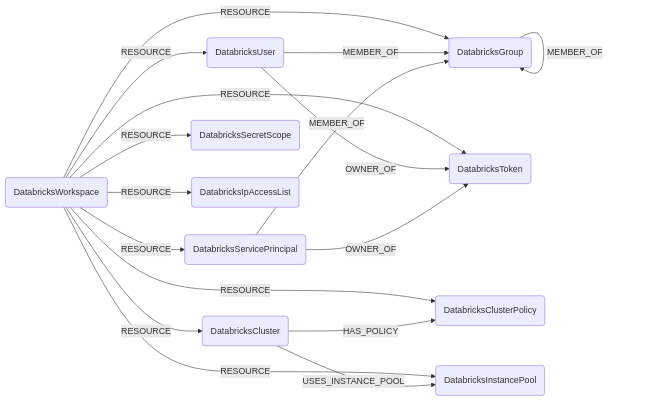
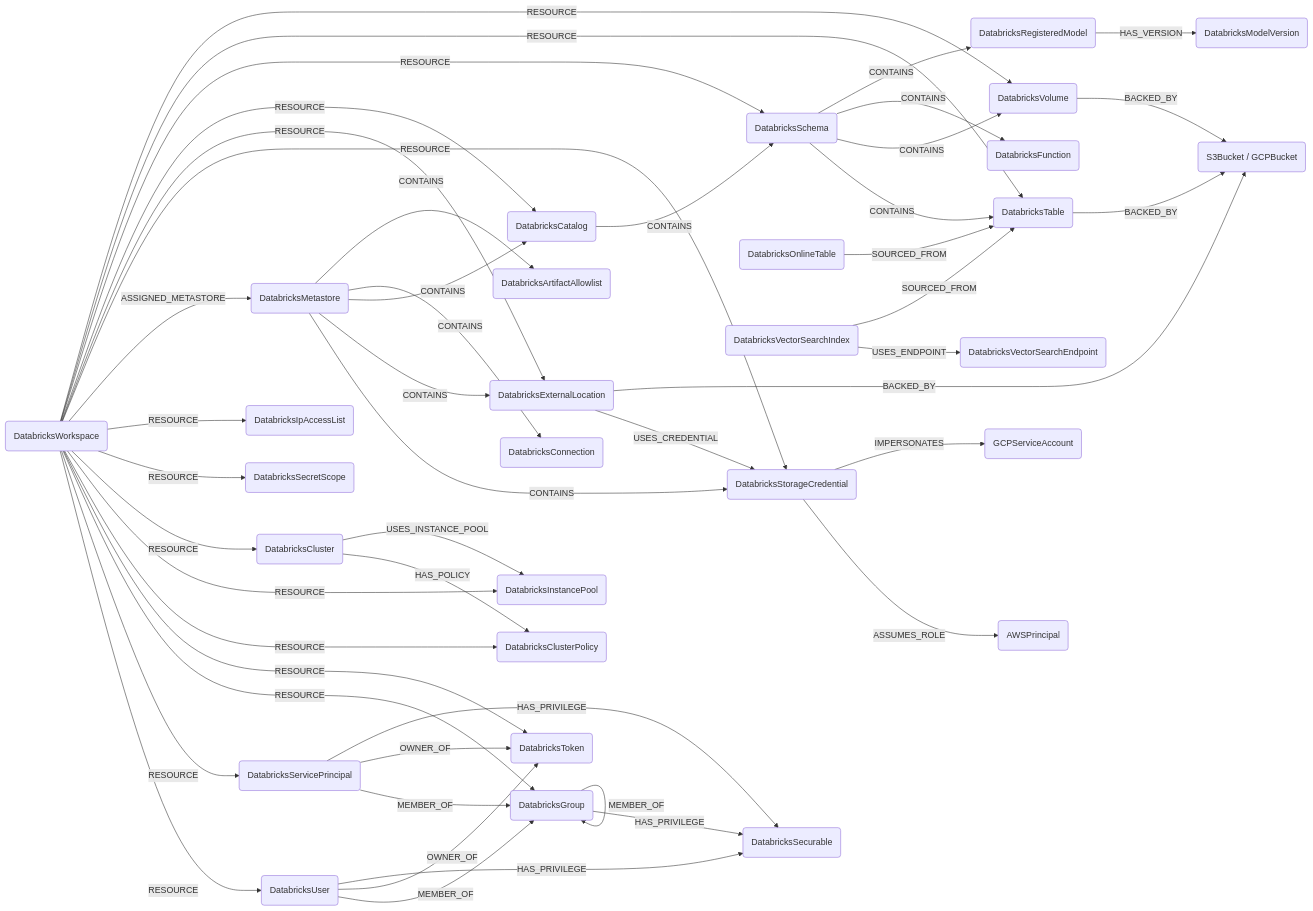
One commit to cartography-cncf/cartography changed the diagram in docs/root/modules/databricks/schema.md. Above: the diagram before and after it, drawn with Mermaid. The commit also changed other lines of this file and 12 other files, not shown here.

First line of the commit message:
docs(databricks): document Unity Catalog schema + apply formatting

````diff
--- a/docs/root/modules/databricks/schema.md
+++ b/docs/root/modules/databricks/schema.md
@@ -3,19 +3,49 @@
 ```mermaid
 graph LR
 W(DatabricksWorkspace) -- RESOURCE --> U(DatabricksUser)
 W -- RESOURCE --> S(DatabricksServicePrincipal)
 W -- RESOURCE --> G(DatabricksGroup)
 W -- RESOURCE --> T(DatabricksToken)
 W -- RESOURCE --> CP(DatabricksClusterPolicy)
 W -- RESOURCE --> IP(DatabricksInstancePool)
 W -- RESOURCE --> C(DatabricksCluster)
 W -- RESOURCE --> SS(DatabricksSecretScope)
 W -- RESOURCE --> IPL(DatabricksIpAccessList)
 U -- MEMBER_OF --> G
 S -- MEMBER_OF --> G
 G -- MEMBER_OF --> G
 U -- OWNER_OF --> T
 S -- OWNER_OF --> T
 C -- HAS_POLICY --> CP
 C -- USES_INSTANCE_POOL --> IP
+W -- ASSIGNED_METASTORE --> M(DatabricksMetastore)
+W -- RESOURCE --> SC(DatabricksStorageCredential)
+W -- RESOURCE --> EL(DatabricksExternalLocation)
+W -- RESOURCE --> CAT(DatabricksCatalog)
+W -- RESOURCE --> SCH(DatabricksSchema)
+W -- RESOURCE --> TB(DatabricksTable)
+W -- RESOURCE --> VOL(DatabricksVolume)
+M -- CONTAINS --> SC
+M -- CONTAINS --> EL
+M -- CONTAINS --> CAT
+M -- CONTAINS --> CONN(DatabricksConnection)
+M -- CONTAINS --> AAL(DatabricksArtifactAllowlist)
+CAT -- CONTAINS --> SCH
+SCH -- CONTAINS --> TB
+SCH -- CONTAINS --> VOL
+SCH -- CONTAINS --> FN(DatabricksFunction)
+SCH -- CONTAINS --> RM(DatabricksRegisteredModel)
+RM -- HAS_VERSION --> MV(DatabricksModelVersion)
+SC -- ASSUMES_ROLE --> AWS(AWSPrincipal)
+SC -- IMPERSONATES --> GSA(GCPServiceAccount)
+EL -- USES_CREDENTIAL --> SC
+EL -- BACKED_BY --> BKT(S3Bucket / GCPBucket)
+TB -- BACKED_BY --> BKT
+VOL -- BACKED_BY --> BKT
+U -- HAS_PRIVILEGE --> DS(DatabricksSecurable)
+G -- HAS_PRIVILEGE --> DS
+S -- HAS_PRIVILEGE --> DS
+OT(DatabricksOnlineTable) -- SOURCED_FROM --> TB
+VSI(DatabricksVectorSearchIndex) -- USES_ENDPOINT --> VSE(DatabricksVectorSearchEndpoint)
+VSI -- SOURCED_FROM --> TB
 ```
````
